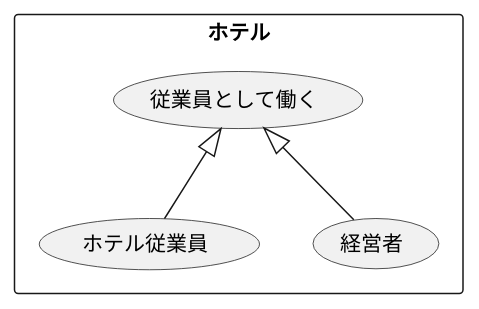
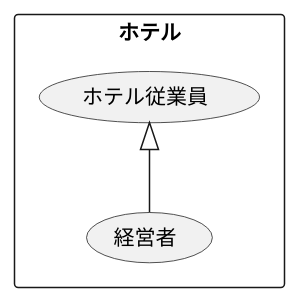
One commit to kou-hei/uml-introduction changed the diagram in 演習2-2_ホテル従業員.pu. Above: the diagram before and after it, drawn with PlantUML.

Commit message:
演習2の変更

```diff
--- a/演習2-2_ホテル従業員.pu
+++ b/演習2-2_ホテル従業員.pu
@@ -1,10 +1,8 @@
 @startuml ユースケース図
 ' left to right direction
 rectangle ホテル{
-usecase 従業員として働く
 usecase ホテル従業員
 usecase 経営者
 }
-従業員として働く<|-- ホテル従業員
-従業員として働く<|-- 経営者
+ホテル従業員<|-- 経営者
 @enduml
```
